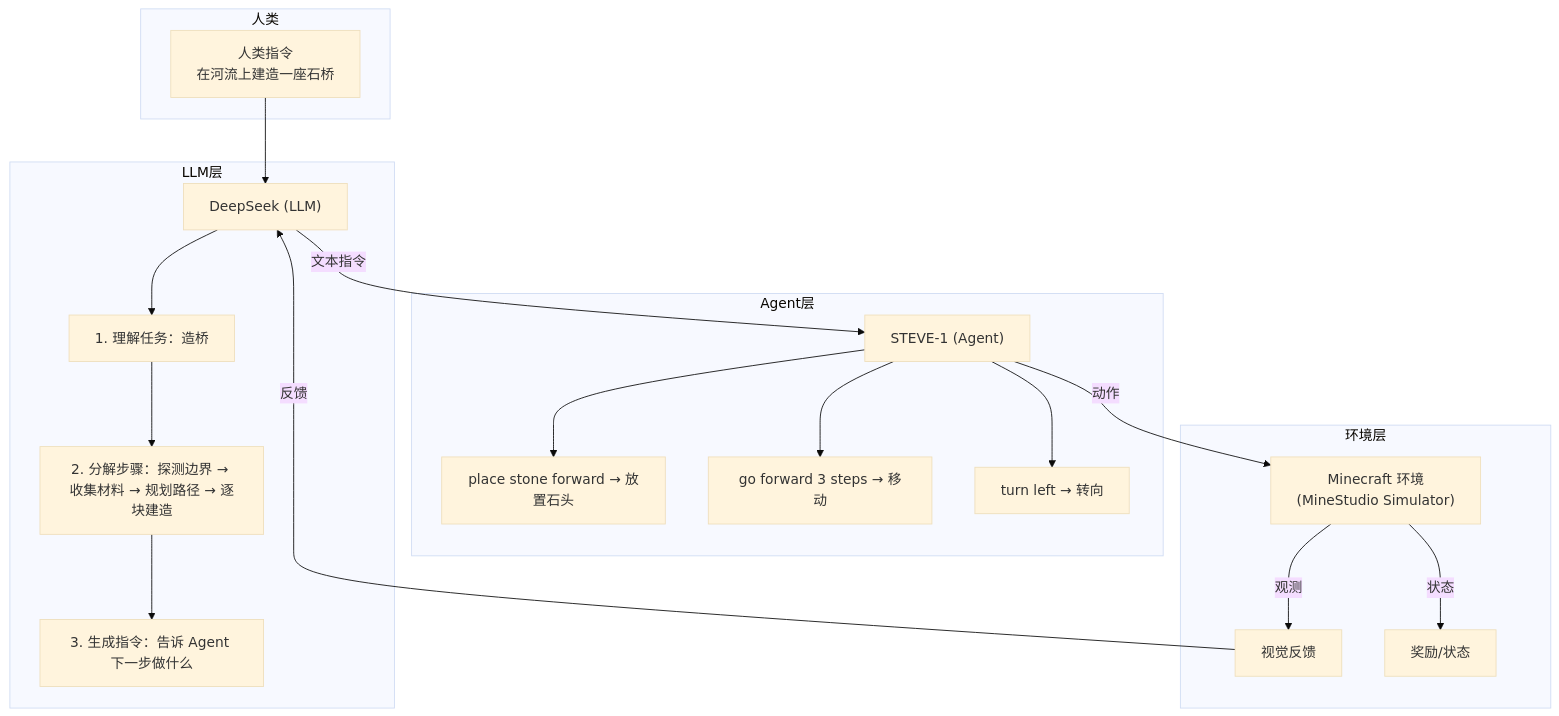
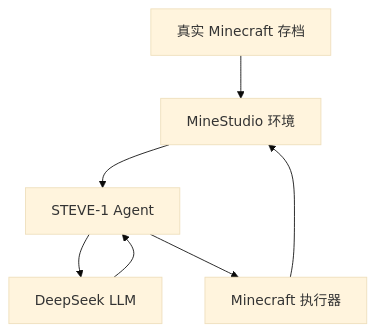
The first of 3 diagrams in docs/source/hackathon_proposal.md (beancookie/MineStudio), drawn with Mermaid (base theme) before and after one commit. The commit also changed other lines of this file and 3 other files, not shown here.

````diff
--- a/docs/source/hackathon_proposal.md
+++ b/docs/source/hackathon_proposal.md
@@ -37,39 +77,9 @@
 ```mermaid
 flowchart TB
-    subgraph 人类
-        A["人类指令<br>在河流上建造一座石桥"]
-    end
-
-    subgraph LLM层
-        B["DeepSeek (LLM)"]
-        B1["1. 理解任务：造桥"]
-        B2["2. 分解步骤：探测边界 → 收集材料 → 规划路径 → 逐块建造"]
-        B3["3. 生成指令：告诉 Agent 下一步做什么"]
-        B --> B1
-        B1 --> B2
-        B2 --> B3
-    end
-
-    subgraph Agent层
-        C["STEVE-1 (Agent)"]
-        C1["place stone forward → 放置石头"]
-        C2["go forward 3 steps → 移动"]
-        C3["turn left → 转向"]
-        C --> C1
-        C --> C2
-        C --> C3
-    end
-
-    subgraph 环境层
-        D["Minecraft 环境<br>(MineStudio Simulator)"]
-        E["视觉反馈"]
-        F["奖励/状态"]
-    end
-
-    A --> B
-    B -->|文本指令| C
-    C -->|动作| D
-    D -->|观测| E
-    D -->|状态| F
-    E -->|反馈| B
+    A["真实 Minecraft 存档"] --> B["MineStudio 环境"]
+    B --> C["STEVE-1 Agent"]
+    C --> D["DeepSeek LLM"]
+    D --> C
+    C --> E["Minecraft 执行器"]
+    E --> B
 ```
````
